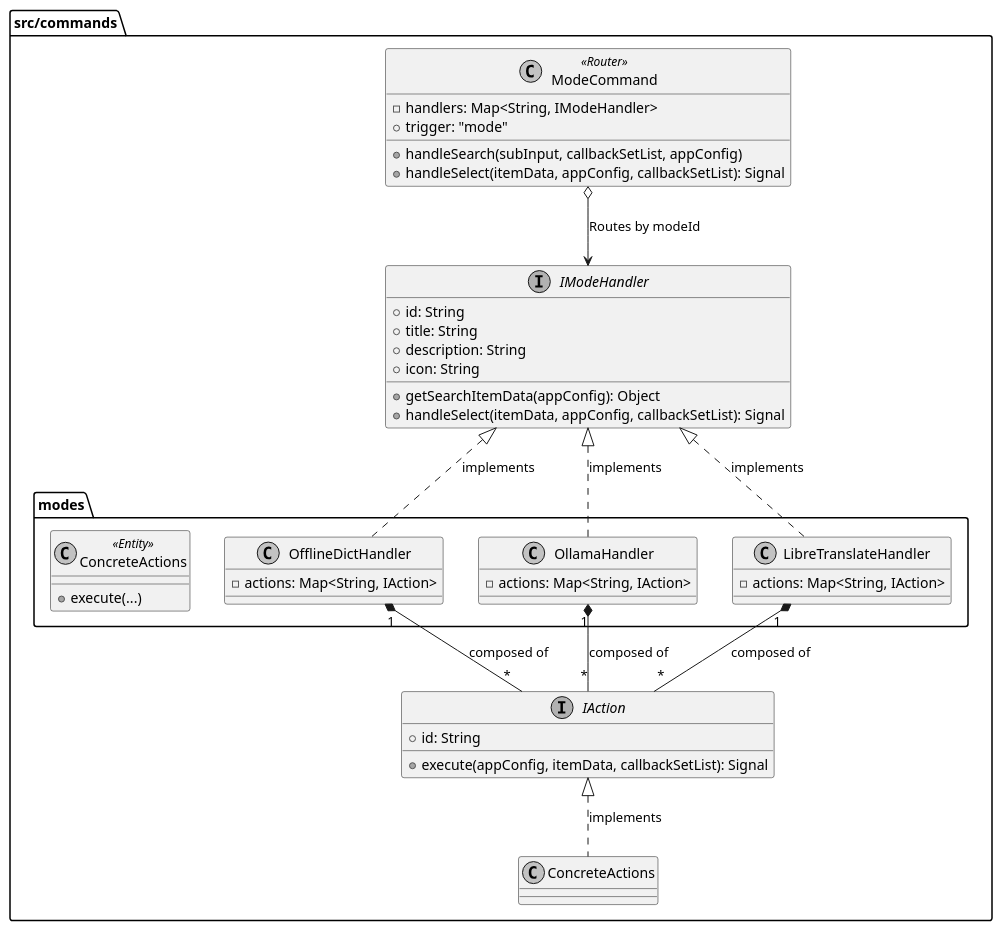
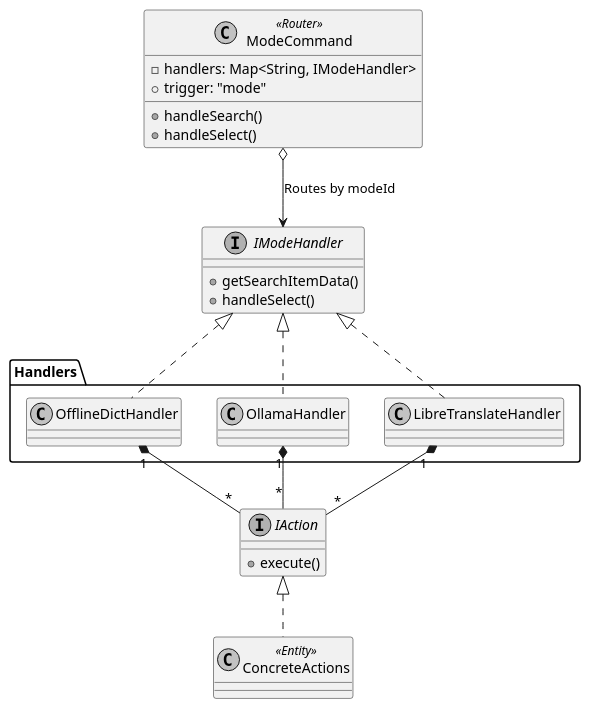
The first of 2 diagrams in doc/spec/spec-00044-mode-command-refactoring.md (zhougy0717/utools_local_translate), drawn with PlantUML before and after one commit.

Commit message:
docs(spec): simplify plantuml class diagram to ensure error-free rendering

````diff
--- a/doc/spec/spec-00044-mode-command-refactoring.md
+++ b/doc/spec/spec-00044-mode-command-refactoring.md
@@ -26,57 +26,42 @@
 ```plantuml
 @startuml
 skinparam handwritten false
 skinparam monochrome true
 skinparam DefaultFontName sans-serif
 
-package "src/commands" {
-  class ModeCommand <<Router>> {
-    - handlers: Map<String, IModeHandler>
-    + trigger: "mode"
-    + handleSearch(subInput, callbackSetList, appConfig)
-    + handleSelect(itemData, appConfig, callbackSetList): Signal
-  }
+class ModeCommand <<Router>> {
+  - handlers: Map<String, IModeHandler>
+  + trigger: "mode"
+  + handleSearch()
+  + handleSelect()
+}
 
-  interface IModeHandler {
-    + id: String
-    + title: String
-    + description: String
-    + icon: String
-    + getSearchItemData(appConfig): Object
-    + handleSelect(itemData, appConfig, callbackSetList): Signal
-  }
+interface IModeHandler {
+  + getSearchItemData()
+  + handleSelect()
+}
 
-  interface IAction {
-    + id: String
-    + execute(appConfig, itemData, callbackSetList): Signal
-  }
+interface IAction {
+  + execute()
+}
 
-  package "modes" {
-    class OfflineDictHandler {
-      - actions: Map<String, IAction>
-    }
-    class OllamaHandler {
-      - actions: Map<String, IAction>
-    }
-    class LibreTranslateHandler {
-      - actions: Map<String, IAction>
-    }
-    
-    class "ConcreteActions..." <<Entity>> {
-      + execute(...)
-    }
-  }
+package "Handlers" {
+  class OfflineDictHandler
+  class OllamaHandler
+  class LibreTranslateHandler
+}
 
-  IModeHandler <|.. OfflineDictHandler : implements
-  IModeHandler <|.. OllamaHandler : implements
-  IModeHandler <|.. LibreTranslateHandler : implements
+class ConcreteActions <<Entity>>
 
-  IAction <|.. "ConcreteActions..." : implements
-  OfflineDictHandler "1" *-- "*" IAction : "composed of"
-  OllamaHandler "1" *-- "*" IAction : "composed of"
-  LibreTranslateHandler "1" *-- "*" IAction : "composed of"
+IModeHandler <|.. OfflineDictHandler
+IModeHandler <|.. OllamaHandler
+IModeHandler <|.. LibreTranslateHandler
 
-  ModeCommand o--> IModeHandler : "Routes by modeId"
-}
+IAction <|.. ConcreteActions
+OfflineDictHandler "1" *-- "*" IAction
+OllamaHandler "1" *-- "*" IAction
+LibreTranslateHandler "1" *-- "*" IAction
+
+ModeCommand o--> IModeHandler : "Routes by modeId"
 @enduml
 ```
````
